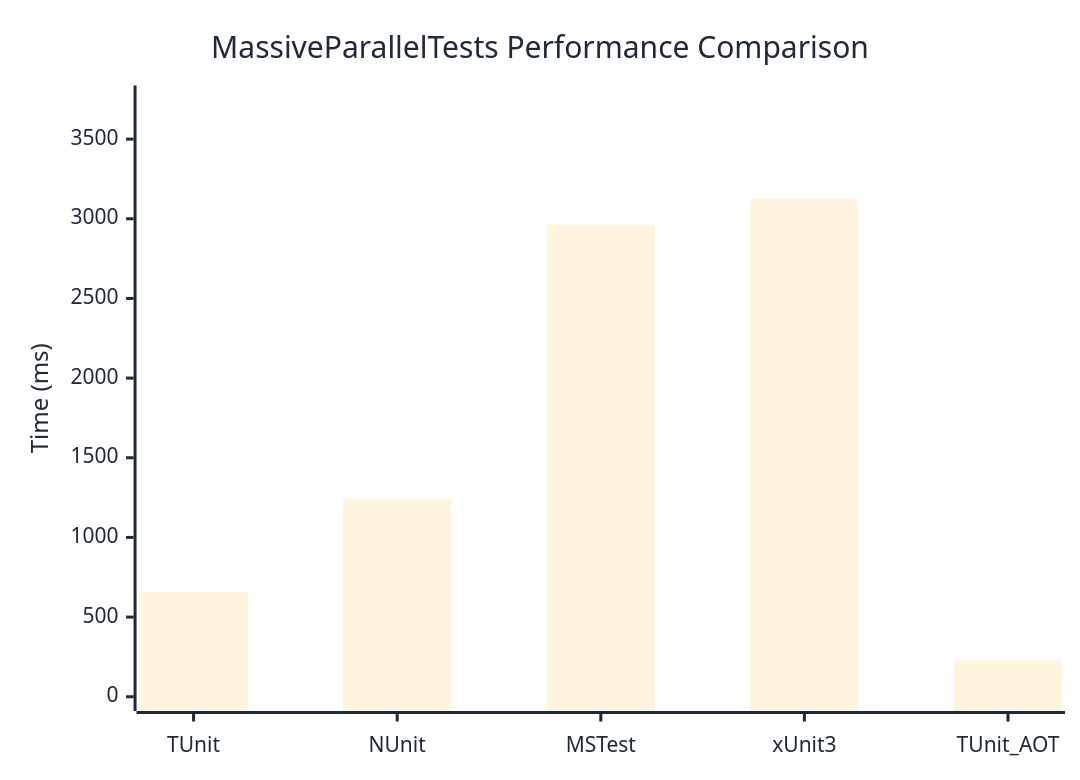
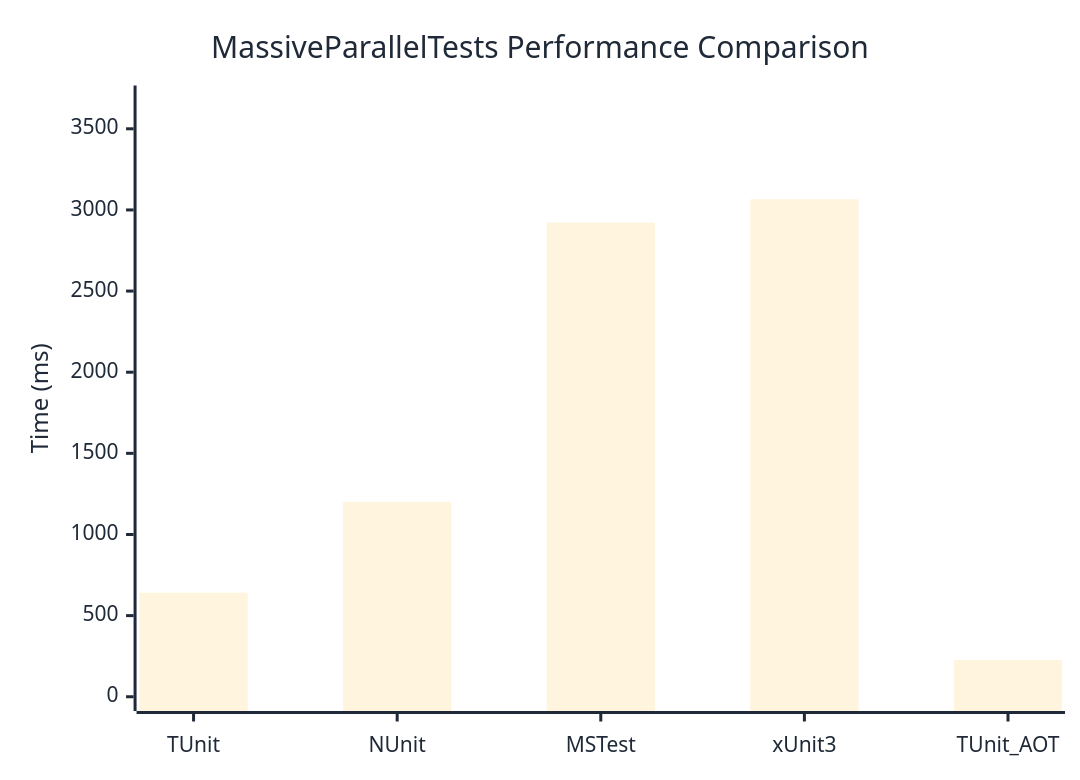
One commit to thomhurst/TUnit changed the diagram in docs/docs/benchmarks/MassiveParallelTests.md. Above: the diagram before and after it, drawn with Mermaid. The commit also changed other lines of this file and 17 other files, not shown here.

````diff
--- a/docs/docs/benchmarks/MassiveParallelTests.md
+++ b/docs/docs/benchmarks/MassiveParallelTests.md
@@ -27,37 +27,37 @@
 ```mermaid
 %%{init: {
   'theme':'base',
   'themeVariables': {
     'primaryColor': '#2563eb',
     'primaryTextColor': '#1f2937',
     'primaryBorderColor': '#1e40af',
     'lineColor': '#6b7280',
     'secondaryColor': '#7c3aed',
     'tertiaryColor': '#dc2626',
     'background': '#ffffff',
     'mainBkg': '#2563eb',
     'secondBkg': '#7c3aed',
     'tertiaryBkg': '#dc2626',
     'clusterBkg': '#f3f4f6',
     'edgeLabelBackground': '#ffffff',
     'tertiaryTextColor': '#1f2937',
     'pie1': '#2563eb',
     'pie2': '#7c3aed',
     'pie3': '#dc2626',
     'pie4': '#f59e0b',
     'pie5': '#10b981',
     'pie6': '#06b6d4',
     'pie7': '#ec4899',
     'pie8': '#6366f1',
     'pie9': '#84cc16',
     'pie10': '#f97316',
     'pie11': '#14b8a6',
     'pie12': '#a855f7'
   }
 }}%%
 xychart-beta
   title "MassiveParallelTests Performance Comparison"
   x-axis ["TUnit", "NUnit", "MSTest", "xUnit3", "TUnit_AOT"]
-  y-axis "Time (ms)" 0 --> 3747
-  bar [658.8, 1241.8, 2962.8, 3121.9, 226.6]
+  y-axis "Time (ms)" 0 --> 3679
+  bar [641.3, 1201.1, 2922.2, 3065.2, 227.2]
 ```
````
